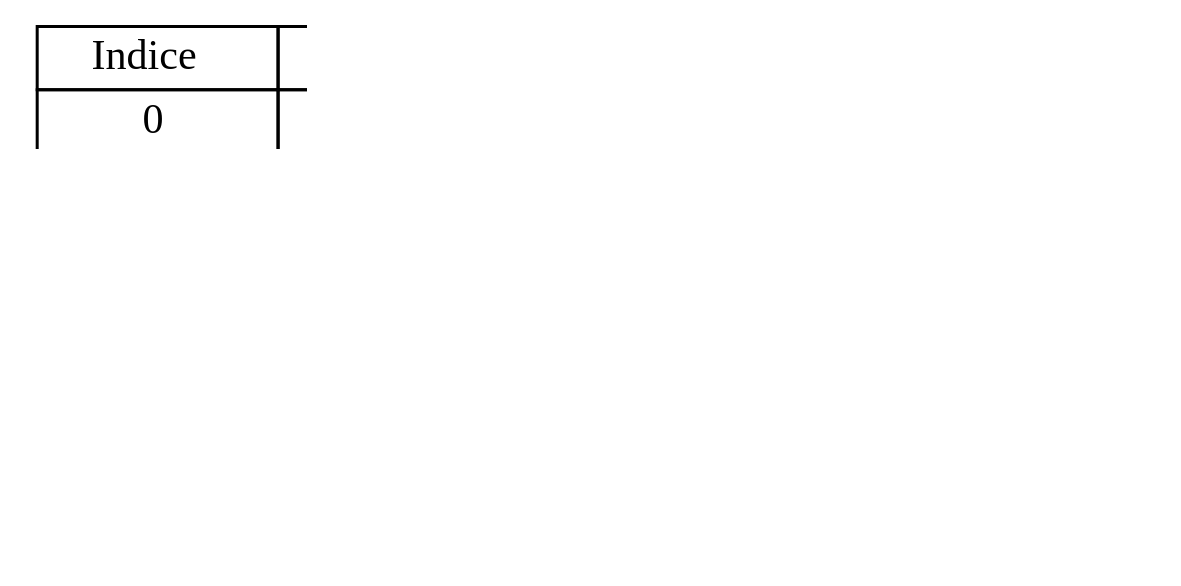
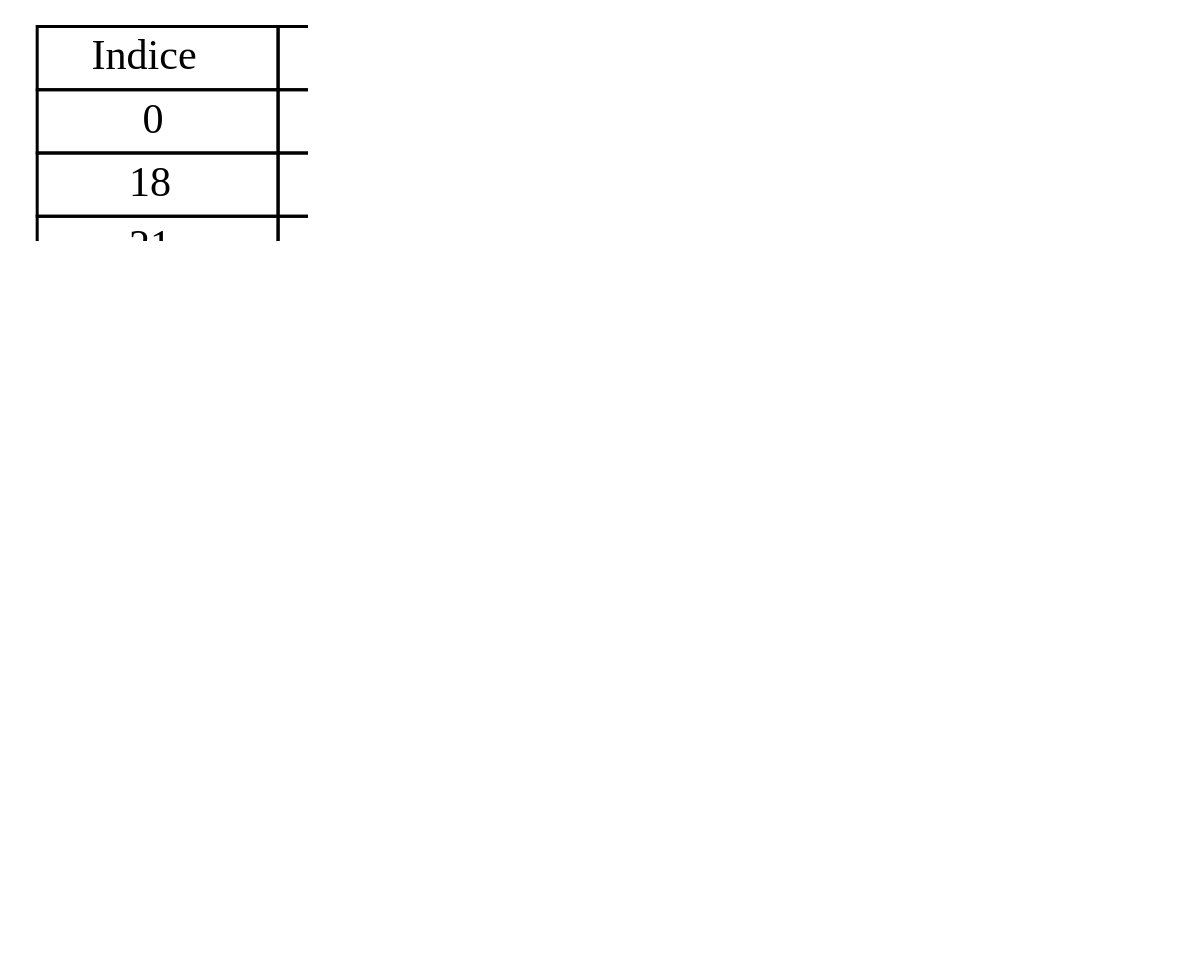
The diagram in hash.dot (montherbasir/EDD_DIC_2019_PY2_201807120), drawn with Graphviz before and after one commit. The commit also changed 9 other files, not shown here.

```diff
--- a/hash.dot
+++ b/hash.dot
@@ -1,68 +1,110 @@
 digraph G
 {
     rankdir = TB;
     dpi=300;
     
     node1
     [
         shape = none
         label = <<table border="0" cellspacing="0">
         <tr><td border="1" width="80">Indice</td>        <td border="1" width="80">Carne</td>        <td border="1" width="80">Nombre</td>        <td border="1" width="80">Apellido</td>        <td border="1" width="80">Password</td>        </tr>      <tr>
 <td border="1" width="80">0</td>
       <td border="1" width="80">70</td>
       <td border="1" width="80">n1</td>
       <td border="1" width="80">a</td>
       <td border="1" width="80">1234</td>
 </tr>
       <tr>
-<td border="1" width="80">19</td>
+<td border="1" width="80">18</td>
       <td border="1" width="80">292</td>
       <td border="1" width="80">n1</td>
       <td border="1" width="80">a</td>
       <td border="1" width="80">1234</td>
 </tr>
       <tr>
-<td border="1" width="80">22</td>
+<td border="1" width="80">21</td>
       <td border="1" width="80">255</td>
       <td border="1" width="80">n1</td>
       <td border="1" width="80">a</td>
       <td border="1" width="80">1234</td>
 </tr>
       <tr>
-<td border="1" width="80">25</td>
+<td border="1" width="80">24</td>
       <td border="1" width="80">218</td>
       <td border="1" width="80">n1</td>
       <td border="1" width="80">a</td>
       <td border="1" width="80">1234</td>
 </tr>
       <tr>
-<td border="1" width="80">28</td>
+<td border="1" width="80">27</td>
       <td border="1" width="80">181</td>
       <td border="1" width="80">n1</td>
       <td border="1" width="80">a</td>
       <td border="1" width="80">1234</td>
 </tr>
       <tr>
+<td border="1" width="80">28</td>
+      <td border="1" width="80">108</td>
+      <td border="1" width="80">n1</td>
+      <td border="1" width="80">a</td>
+      <td border="1" width="80">1234</td>
+</tr>
+      <tr>
+<td border="1" width="80">29</td>
+      <td border="1" width="80">109</td>
+      <td border="1" width="80">n1</td>
+      <td border="1" width="80">a</td>
+      <td border="1" width="80">1234</td>
+</tr>
+      <tr>
+<td border="1" width="80">30</td>
+      <td border="1" width="80">144</td>
+      <td border="1" width="80">n1</td>
+      <td border="1" width="80">a</td>
+      <td border="1" width="80">1234</td>
+</tr>
+      <tr>
 <td border="1" width="80">31</td>
-      <td border="1" width="80">144</td>
+      <td border="1" width="80">72</td>
+      <td border="1" width="80">n1</td>
+      <td border="1" width="80">a</td>
+      <td border="1" width="80">1234</td>
+</tr>
+      <tr>
+<td border="1" width="80">32</td>
+      <td border="1" width="80">71</td>
       <td border="1" width="80">n1</td>
       <td border="1" width="80">a</td>
       <td border="1" width="80">1234</td>
 </tr>
       <tr>
 <td border="1" width="80">33</td>
       <td border="1" width="80">33</td>
       <td border="1" width="80">n1</td>
       <td border="1" width="80">a</td>
       <td border="1" width="80">1234</td>
 </tr>
       <tr>
 <td border="1" width="80">34</td>
       <td border="1" width="80">107</td>
       <td border="1" width="80">n1</td>
       <td border="1" width="80">a</td>
       <td border="1" width="80">1234</td>
 </tr>
+      <tr>
+<td border="1" width="80">35</td>
+      <td border="1" width="80">183</td>
+      <td border="1" width="80">n1</td>
+      <td border="1" width="80">a</td>
+      <td border="1" width="80">1234</td>
+</tr>
+      <tr>
+<td border="1" width="80">36</td>
+      <td border="1" width="80">109</td>
+      <td border="1" width="80">n1</td>
+      <td border="1" width="80">a</td>
+      <td border="1" width="80">1234</td>
+</tr>
                 </table>>
     ]
 }
```
